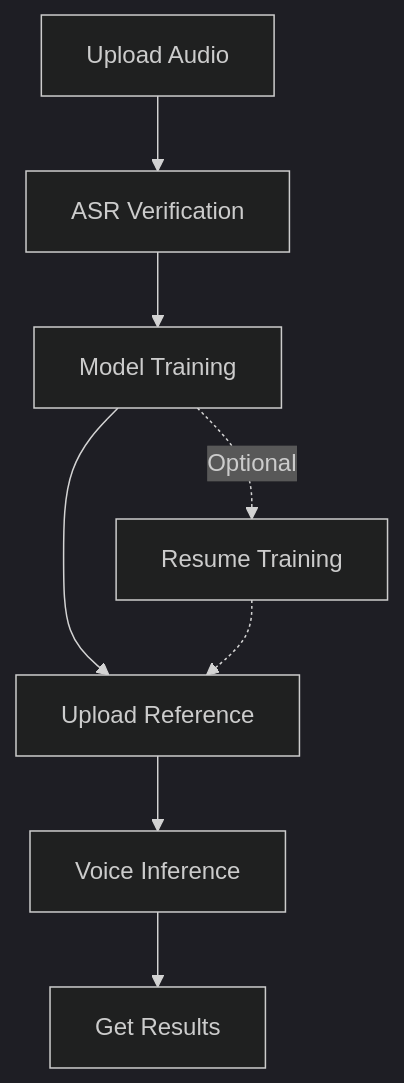
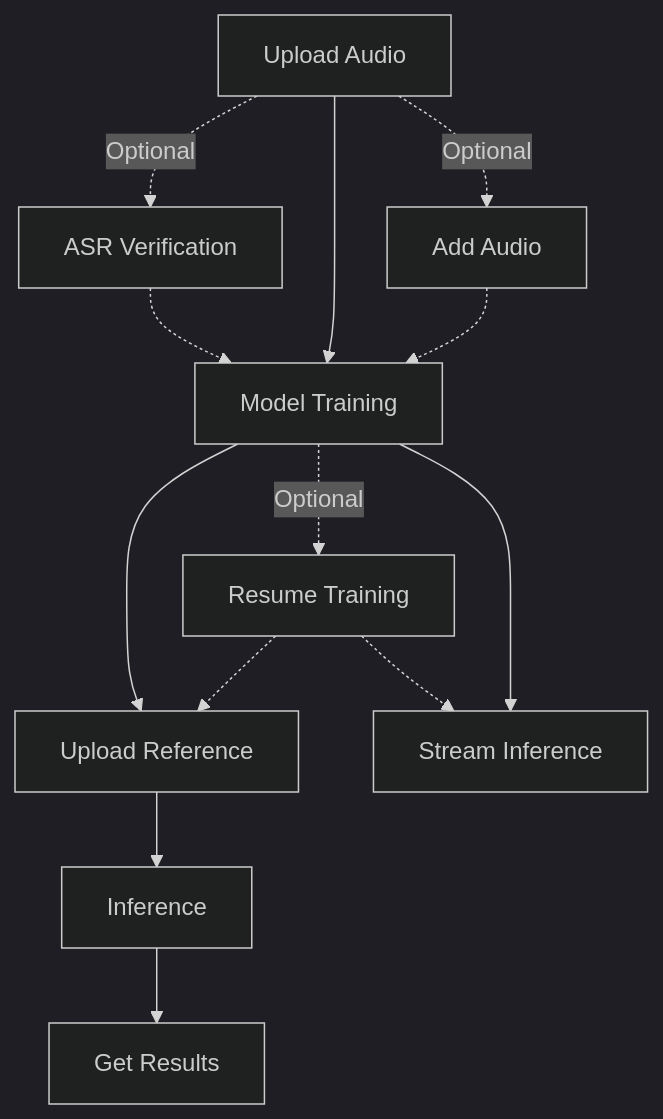
The diagram in docs/en/api.md (newsiquare/mockvox), drawn with Mermaid (dark theme) before and after one commit. The commit also changed other lines of this file and 3 other files, not shown here.

````diff
--- a/docs/en/api.md
+++ b/docs/en/api.md
@@ -46,10 +46,15 @@
 ```mermaid
 graph TD
-    A[Upload Audio] --> B[ASR Verification]
-    B --> C[Model Training]
+    A[Upload Audio] -.-> |Optional| B[ASR Verification]
+    A --> C[Model Training]
+    B -.-> C
+    A -.-> |Optional| H[Add Audio]
+    H -.-> C
     C --> D[Upload Reference]
     C -.-> |Optional| E[Resume Training]
     E -.-> D
-    D --> F[Voice Inference]
+    D --> F[Inference]
     F --> G[Get Results]
+    C --> J[Stream Inference]
+    E -.-> J
 ```
````
